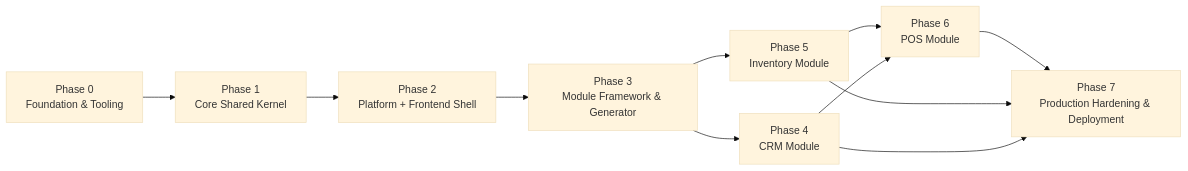
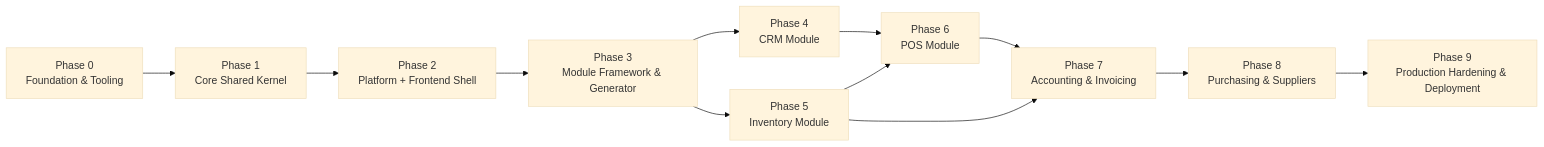
One commit to ma7modsidky/multitenant-saas-erp changed the diagram in PLAN.md. Above: the diagram before and after it, drawn with Mermaid (base theme). The commit also changed other lines of this file and 7 other files, not shown here.

First line of the commit message:
docs: plan phase 7 accounting & phase 8 purchasing modules

````diff
--- a/PLAN.md
+++ b/PLAN.md
@@ -38,13 +38,14 @@
 ```mermaid
 graph LR
     P0["Phase 0<br/>Foundation & Tooling"] --> P1["Phase 1<br/>Core Shared Kernel"]
     P1 --> P2["Phase 2<br/>Platform + Frontend Shell"]
     P2 --> P3["Phase 3<br/>Module Framework & Generator"]
     P3 --> P4["Phase 4<br/>CRM Module"]
     P3 --> P5["Phase 5<br/>Inventory Module"]
     P5 --> P6["Phase 6<br/>POS Module"]
     P4 --> P6
-    P6 --> P7["Phase 7<br/>Production Hardening & Deployment"]
+    P6 --> P7["Phase 7<br/>Accounting & Invoicing"]
     P5 --> P7
-    P4 --> P7
+    P7 --> P8["Phase 8<br/>Purchasing & Suppliers"]
+    P8 --> P9["Phase 9<br/>Production Hardening & Deployment"]
 ```
````
